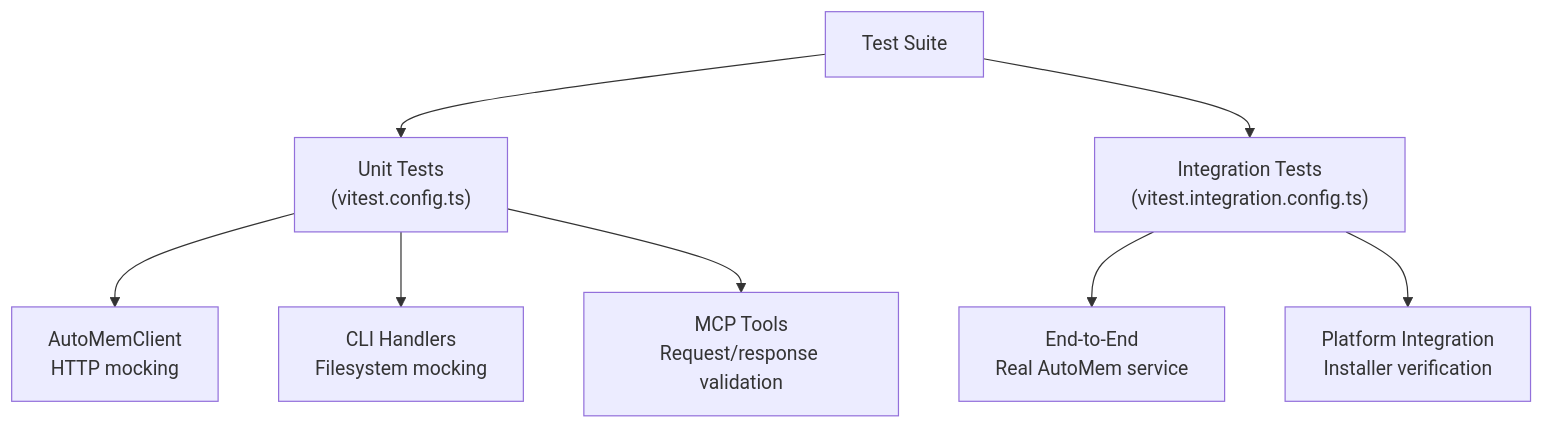
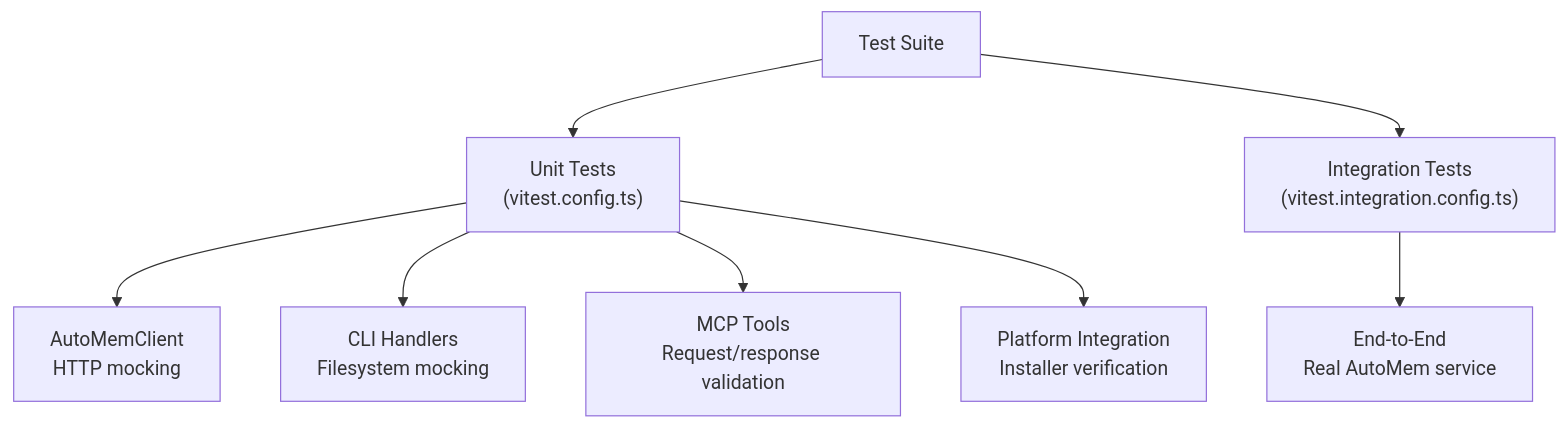
One commit to verygoodplugins/automem-website changed the second of 2 diagrams in src/content/docs/docs/development/testing.md. Above: the diagram before and after it, drawn with Mermaid. The commit also changed other lines of this file and 1 other file, not shown here.

````diff
--- a/src/content/docs/docs/development/testing.md
+++ b/src/content/docs/docs/development/testing.md
@@ -371,14 +378,14 @@
 ```mermaid
 graph TB
     TESTS["Test Suite"]
 
     TESTS --> UNIT["Unit Tests\n(vitest.config.ts)"]
     TESTS --> INTEGRATION["Integration Tests\n(vitest.integration.config.ts)"]
 
     UNIT --> CLIENT_TEST["AutoMemClient\nHTTP mocking"]
     UNIT --> CLI_TEST["CLI Handlers\nFilesystem mocking"]
     UNIT --> TOOLS_TEST["MCP Tools\nRequest/response validation"]
 
     INTEGRATION --> ENDTOEND["End-to-End\nReal AutoMem service"]
-    INTEGRATION --> PLATFORM["Platform Integration\nInstaller verification"]
+    UNIT --> PLATFORM["Platform Integration\nInstaller verification"]
 ```
````
